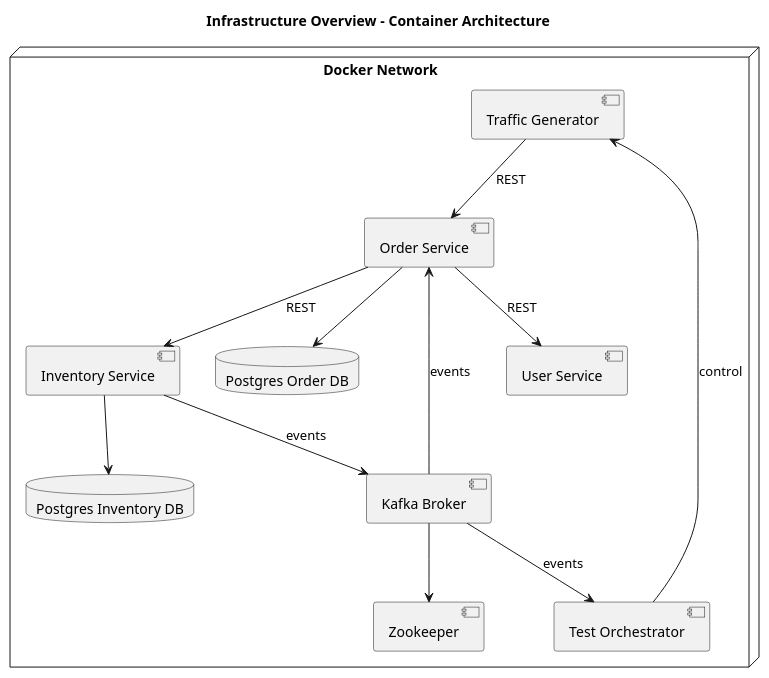
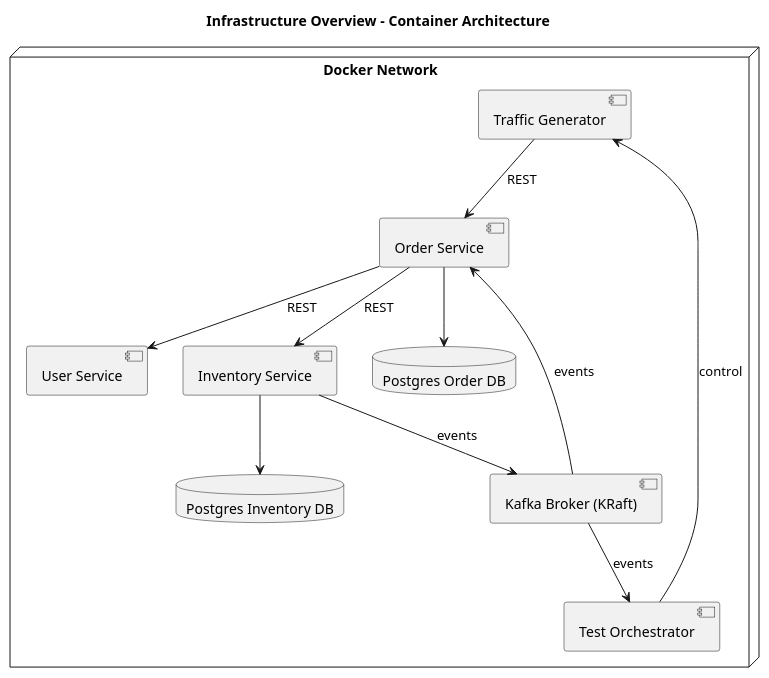
The diagram in Docs/infrastructure_diagram.puml (mkrzesinski/EventSentinel), drawn with PlantUML before and after one commit. The commit also changed 6 other files, not shown here.

Commit message:
Update documentation and configurations to reflect Kafka's KRaft mode, removing Zookeeper dependencies

```diff
--- a/Docs/infrastructure_diagram.puml
+++ b/Docs/infrastructure_diagram.puml
@@ -1,34 +1,32 @@
 @startuml
 title Infrastructure Overview - Container Architecture
 
 node "Docker Network" {
 
   component "Traffic Generator" as TG
   component "Test Orchestrator" as TO
 
   component "User Service" as US
   component "Order Service" as OS
   component "Inventory Service" as IS
 
   database "Postgres Order DB" as ODB
   database "Postgres Inventory DB" as IDB
 
-  component "Kafka Broker" as K
-  component "Zookeeper" as Z
+  component "Kafka Broker (KRaft)" as K
 }
 
 TG --> OS : REST
 OS --> US : REST
 OS --> IS : REST
 
 OS --> ODB
 IS --> IDB
 
 IS --> K : events
 K --> OS : events
 K --> TO : events
 
 TO --> TG : control
-K --> Z
 
 @enduml
```
